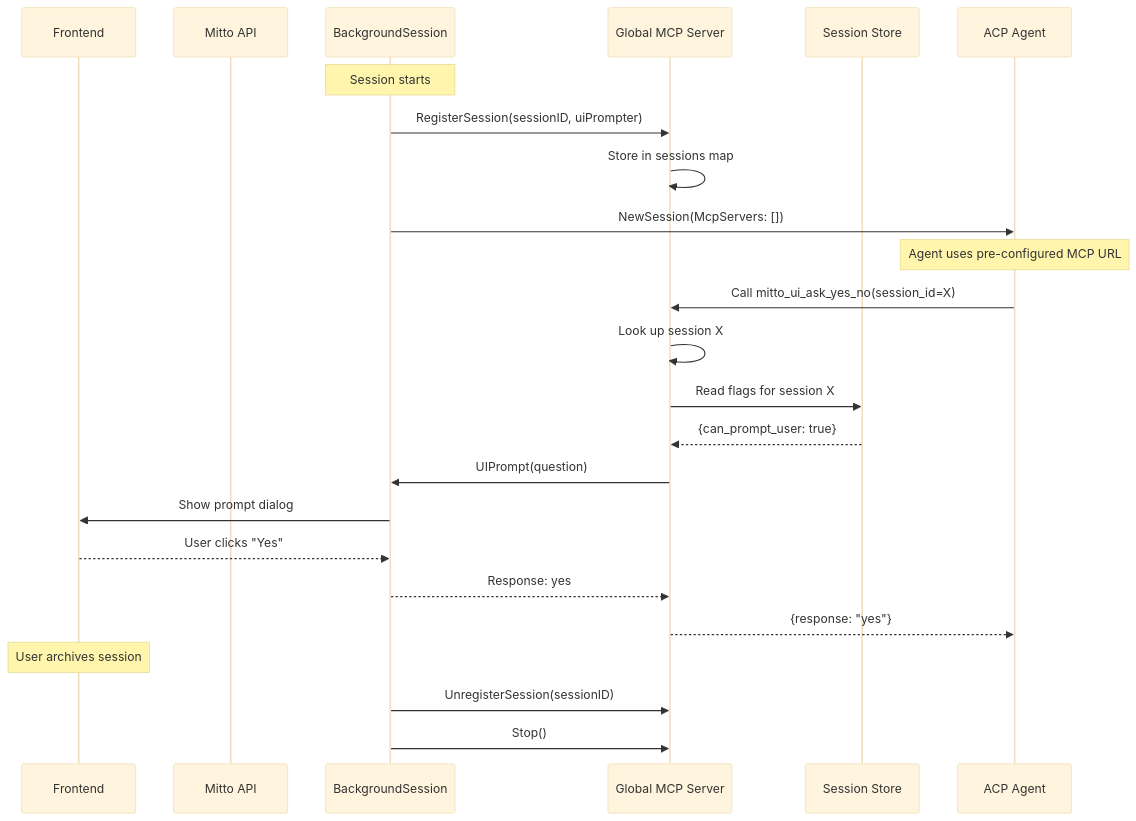
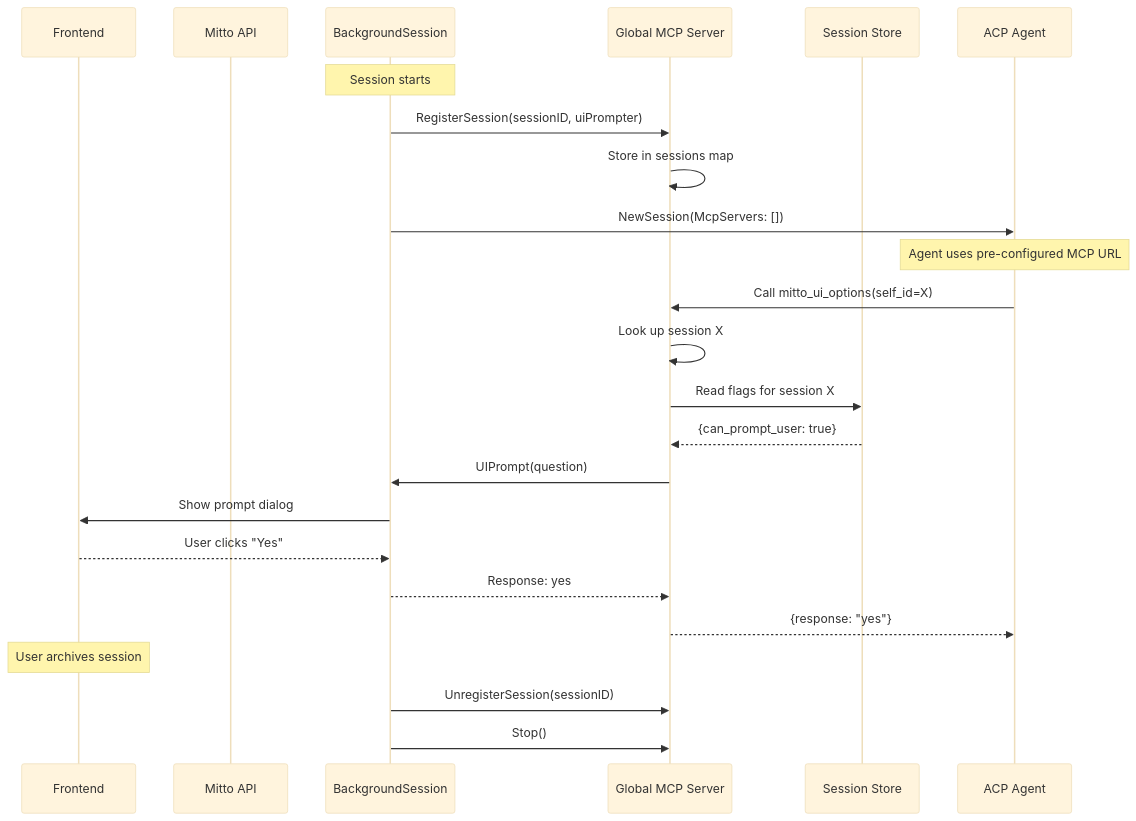
One commit to inercia/mitto changed the fifth of 6 diagrams in docs/devel/mcp.md. Above: the diagram before and after it, drawn with Mermaid (base theme). The commit also changed other lines of this file and 365 other files, not shown here.

First line of the commit message:
feat: agent discovery, callbacks, child session lifecycle, and ACP improvements (#46)

````diff
--- a/docs/devel/mcp.md
+++ b/docs/devel/mcp.md
@@ -728,29 +1014,29 @@
 ```mermaid
 sequenceDiagram
     participant FE as Frontend
     participant API as Mitto API
     participant BS as BackgroundSession
     participant MCP as Global MCP Server
     participant Store as Session Store
     participant ACP as ACP Agent
 
     Note over BS: Session starts
     BS->>MCP: RegisterSession(sessionID, uiPrompter)
     MCP->>MCP: Store in sessions map
     BS->>ACP: NewSession(McpServers: [])
     Note over ACP: Agent uses pre-configured MCP URL
 
-    ACP->>MCP: Call mitto_ui_ask_yes_no(session_id=X)
+    ACP->>MCP: Call mitto_ui_options(self_id=X)
     MCP->>MCP: Look up session X
     MCP->>Store: Read flags for session X
     Store-->>MCP: {can_prompt_user: true}
     MCP->>BS: UIPrompt(question)
     BS->>FE: Show prompt dialog
     FE-->>BS: User clicks "Yes"
     BS-->>MCP: Response: yes
     MCP-->>ACP: {response: "yes"}
 
     Note over FE: User archives session
     BS->>MCP: UnregisterSession(sessionID)
     BS->>MCP: Stop()
 ```
````
